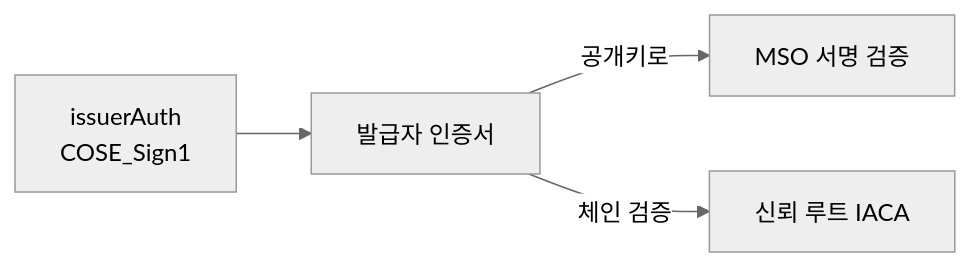
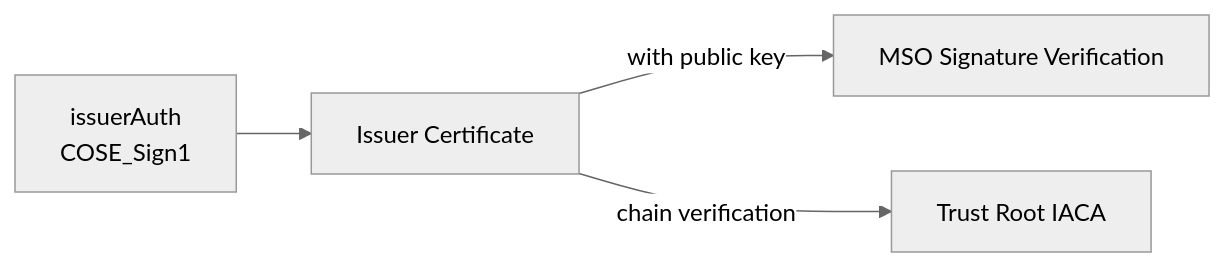
One commit to OmniOneID/poc-oid4vc changed the first of 5 diagrams in docs/concepts/mdoc/mdoc_verification_and_trust.md. Above: the diagram before and after it, drawn with Mermaid (neutral theme). The commit also changed other lines of this file and 29 other files, not shown here.

````diff
--- a/docs/concepts/mdoc/mdoc_verification_and_trust.md
+++ b/docs/concepts/mdoc/mdoc_verification_and_trust.md
@@ -56,6 +56,6 @@
 ```mermaid
 flowchart LR
-    IA[issuerAuth<br/>COSE_Sign1] --> Cert[발급자 인증서]
-    Cert -->|공개키로| Sig[MSO 서명 검증]
-    Cert -->|체인 검증| Root[신뢰 루트 IACA]
+    IA[issuerAuth<br/>COSE_Sign1] --> Cert[Issuer Certificate]
+    Cert -->|with public key| Sig[MSO Signature Verification]
+    Cert -->|chain verification| Root[Trust Root IACA]
 ```
````
